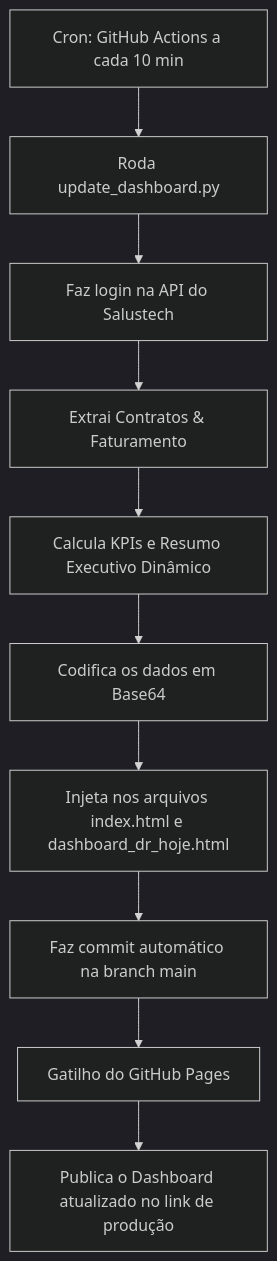
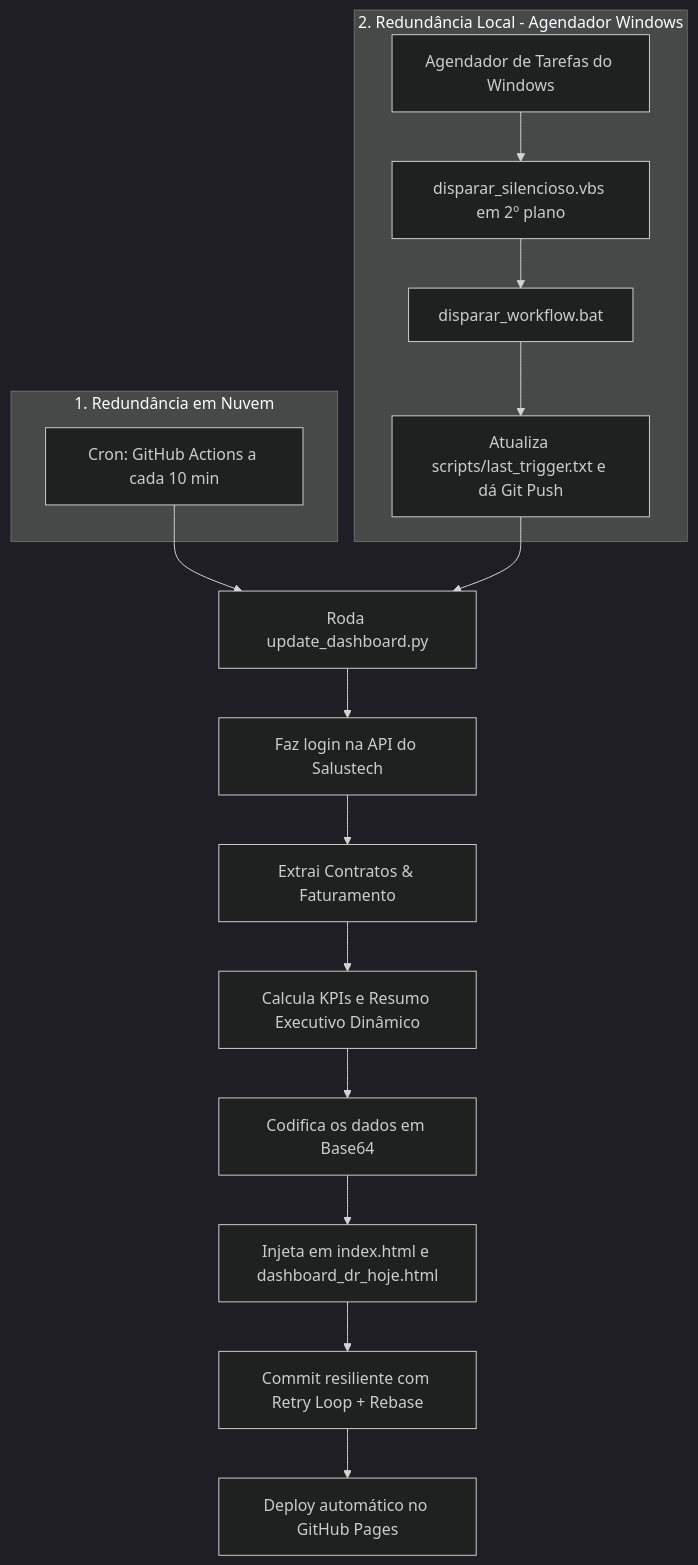
Before and after one commit to Grupo-FAPES/drhoje-dashboard-diretoria: the diagram in README.md, drawn with Mermaid (dark theme). The commit also changed other lines of this file, not shown here.

Commit message:
docs: atualizar arquitetura de dupla redundancia e resiliencia no README

````diff
--- a/README.md
+++ b/README.md
@@ -13,12 +13,22 @@
 ```mermaid
 graph TD
-    A[Cron: GitHub Actions a cada 10 min] --> B[Roda update_dashboard.py]
+    subgraph Nuvem [1. Redundância em Nuvem]
+        A[Cron: GitHub Actions a cada 10 min]
+    end
+
+    subgraph Local [2. Redundância Local - Agendador Windows]
+        L1[Agendador de Tarefas do Windows] --> L2[disparar_silencioso.vbs em 2º plano]
+        L2 --> L3[disparar_workflow.bat]
+        L3 --> L4[Atualiza scripts/last_trigger.txt e dá Git Push]
+    end
+
+    A --> B[Roda update_dashboard.py]
+    L4 --> B
     B --> C[Faz login na API do Salustech]
     C --> D[Extrai Contratos & Faturamento]
     D --> E[Calcula KPIs e Resumo Executivo Dinâmico]
     E --> F[Codifica os dados em Base64]
-    F --> G[Injeta nos arquivos index.html e dashboard_dr_hoje.html]
-    G --> H[Faz commit automático na branch main]
-    H --> I[Gatilho do GitHub Pages]
-    I --> J[Publica o Dashboard atualizado no link de produção]
+    F --> G[Injeta em index.html e dashboard_dr_hoje.html]
+    G --> H[Commit resiliente com Retry Loop + Rebase]
+    H --> I[Deploy automático no GitHub Pages]
 ```
````
